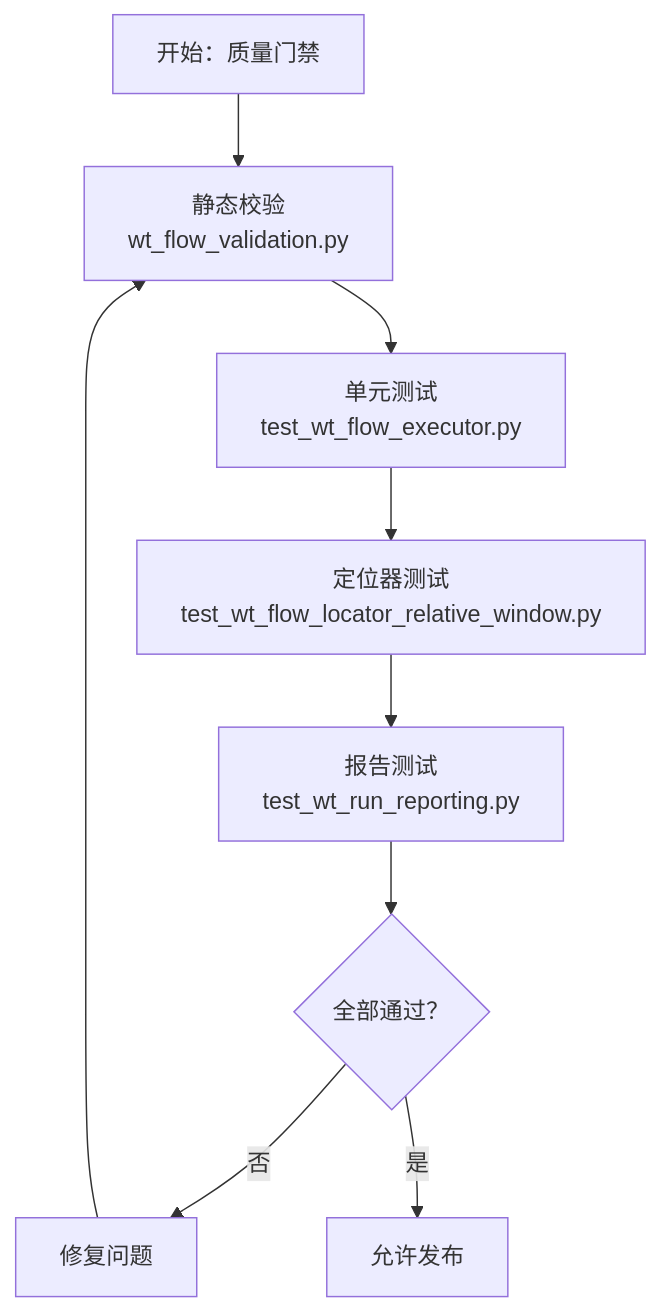
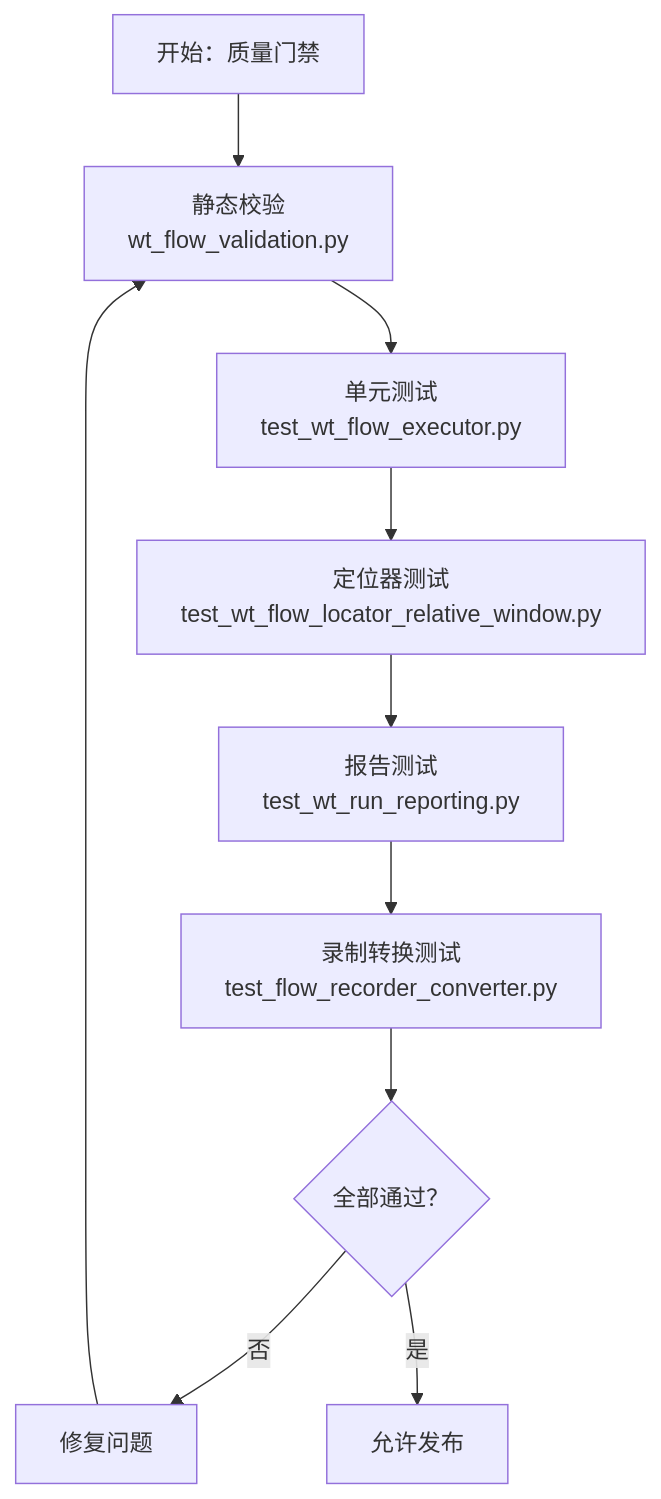
One commit to hanago33/WT_Automation changed the eighth of 10 diagrams in .qoder/repowiki/zh/content/流程管理/流程包管理/流程包管理.md. Above: the diagram before and after it, drawn with Mermaid. The commit also changed other lines of this file and 220 other files, not shown here.

````diff
--- a/.qoder/repowiki/zh/content/流程管理/流程包管理/流程包管理.md
+++ b/.qoder/repowiki/zh/content/流程管理/流程包管理/流程包管理.md
@@ -358,11 +470,12 @@
 ```mermaid
 flowchart TD
 QStart["开始：质量门禁"] --> Static["静态校验<br/>wt_flow_validation.py"]
 Static --> Unit["单元测试<br/>test_wt_flow_executor.py"]
 Unit --> Locator["定位器测试<br/>test_wt_flow_locator_relative_window.py"]
 Locator --> Report["报告测试<br/>test_wt_run_reporting.py"]
-Report --> Gate{"全部通过？"}
+Report --> ConvTest["录制转换测试<br/>test_flow_recorder_converter.py"]
+ConvTest --> Gate{"全部通过？"}
 Gate -- 否 --> Fix["修复问题"]
 Fix --> Static
 Gate -- 是 --> Publish["允许发布"]
 ```
````
